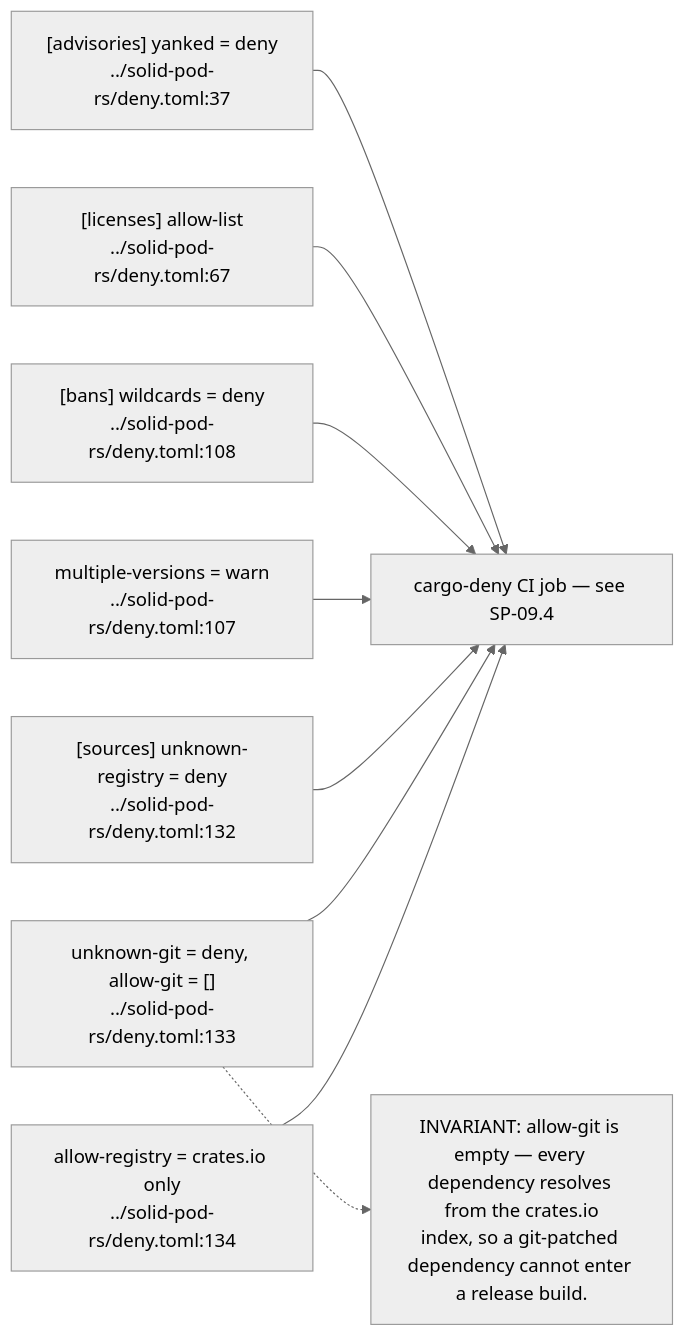
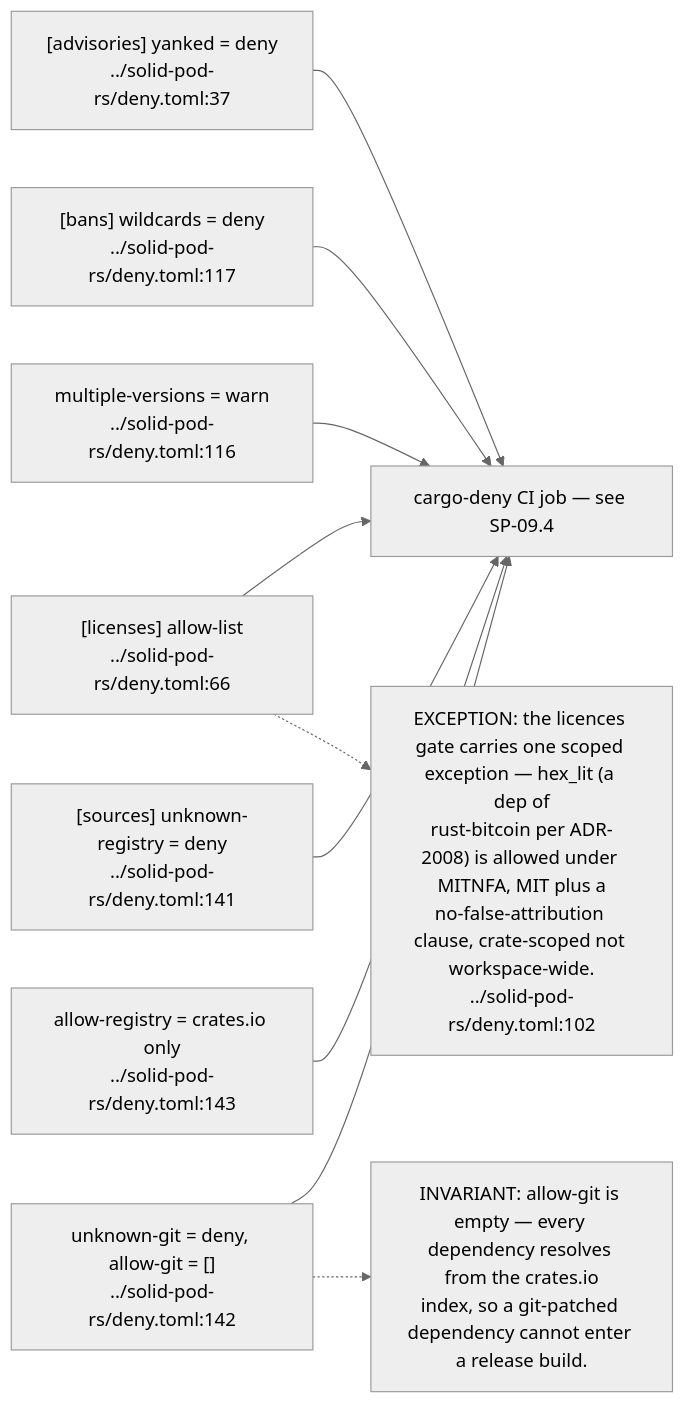
One commit to DreamLab-AI/VisionFlow changed the tenth of 12 diagrams in docs/diagrams/solid-pod-rs/01-workspace-composition.md. Above: the diagram before and after it, drawn with Mermaid (neutral theme). The commit also changed other lines of this file and 21 other files, not shown here.

Commit message:
docs(diagrams): refresh first verified estate batch

````diff
--- a/docs/diagrams/solid-pod-rs/01-workspace-composition.md
+++ b/docs/diagrams/solid-pod-rs/01-workspace-composition.md
@@ -280,21 +280,23 @@
 ```mermaid
 flowchart LR
     ADV["[advisories] yanked = deny<br/>../solid-pod-rs/deny.toml:37"]
-    LIC["[licenses] allow-list<br/>../solid-pod-rs/deny.toml:67"]
-    BANS["[bans] wildcards = deny<br/>../solid-pod-rs/deny.toml:108"]
-    MULTI["multiple-versions = warn<br/>../solid-pod-rs/deny.toml:107"]
-    SRC["[sources] unknown-registry = deny<br/>../solid-pod-rs/deny.toml:132"]
-    GITS["unknown-git = deny, allow-git = []<br/>../solid-pod-rs/deny.toml:133"]
-    REG["allow-registry = crates.io only<br/>../solid-pod-rs/deny.toml:134"]
+    LIC["[licenses] allow-list<br/>../solid-pod-rs/deny.toml:66"]
+    BANS["[bans] wildcards = deny<br/>../solid-pod-rs/deny.toml:117"]
+    MULTI["multiple-versions = warn<br/>../solid-pod-rs/deny.toml:116"]
+    SRC["[sources] unknown-registry = deny<br/>../solid-pod-rs/deny.toml:141"]
+    GITS["unknown-git = deny, allow-git = []<br/>../solid-pod-rs/deny.toml:142"]
+    REG["allow-registry = crates.io only<br/>../solid-pod-rs/deny.toml:143"]
 
     ADV --> OUT["cargo-deny CI job — see SP-09.4"]
     LIC --> OUT
     BANS --> OUT
     MULTI --> OUT
     SRC --> OUT
     GITS --> OUT
     REG --> OUT
 
     N["INVARIANT: allow-git is empty — every dependency resolves from the crates.io<br/>index, so a git-patched dependency cannot enter a release build."]
     GITS -.-> N
+    X["EXCEPTION: the licences gate carries one scoped exception — hex_lit (a dep of<br/>rust-bitcoin per ADR-2008) is allowed under MITNFA, MIT plus a<br/>no-false-attribution clause, crate-scoped not workspace-wide.<br/>../solid-pod-rs/deny.toml:102"]
+    LIC -.-> X
 ```
````
